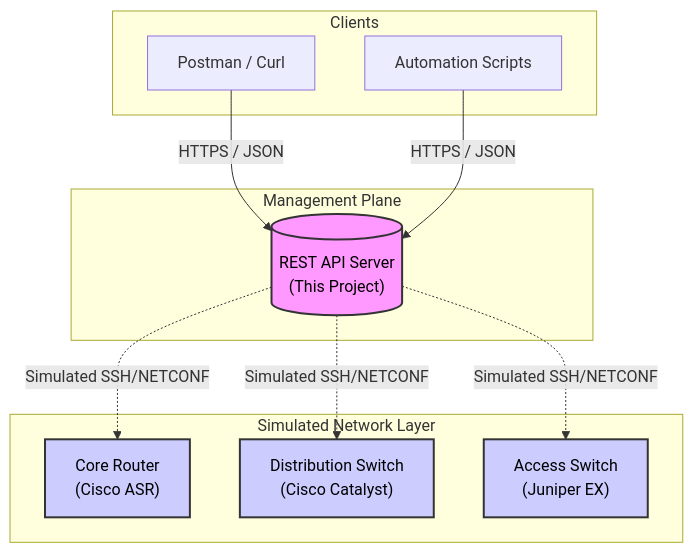
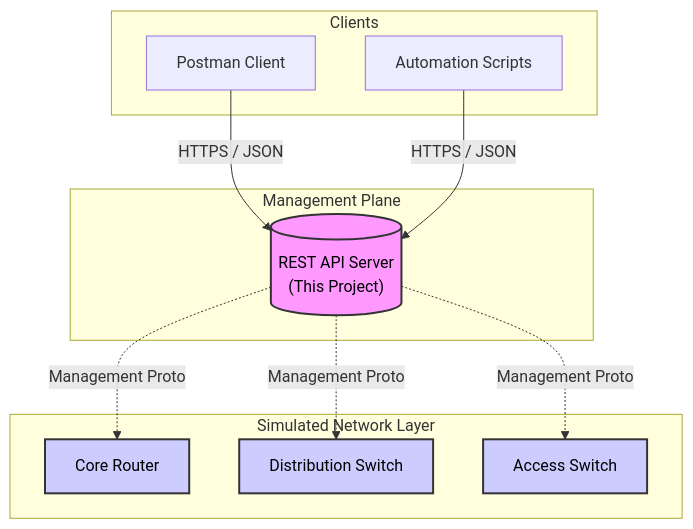
The third of 4 diagrams in README.md (YasinEnginExpert/REST-API), drawn with Mermaid before and after one commit. The commit also changed other lines of this file, not shown here.

````diff
--- a/README.md
+++ b/README.md
@@ -44,31 +103,31 @@
 ```mermaid
 graph TD
     subgraph "Clients"
-        A[Postman / Curl]
+        A[Postman Client]
         B[Automation Scripts]
     end
 
     subgraph "Management Plane"
         C[("REST API Server<br/>(This Project)")]
     end
 
     subgraph "Simulated Network Layer"
-        D["Core Router<br/>(Cisco ASR)"]
-        E["Distribution Switch<br/>(Cisco Catalyst)"]
-        F["Access Switch<br/>(Juniper EX)"]
+        D["Core Router"]
+        E["Distribution Switch"]
+        F["Access Switch"]
     end
 
     %% Connections
     A -->|HTTPS / JSON| C
     B -->|HTTPS / JSON| C
     
-    C -.->|Simulated SSH/NETCONF| D
-    C -.->|Simulated SSH/NETCONF| E
-    C -.->|Simulated SSH/NETCONF| F
+    C -.->|Management Proto| D
+    C -.->|Management Proto| E
+    C -.->|Management Proto| F
 
     %% Styling
     style C fill:#f9f,stroke:#333,stroke-width:2px,color:black
     style D fill:#ccf,stroke:#333,stroke-width:2px,color:black
     style E fill:#ccf,stroke:#333,stroke-width:2px,color:black
     style F fill:#ccf,stroke:#333,stroke-width:2px,color:black
 ```
````
